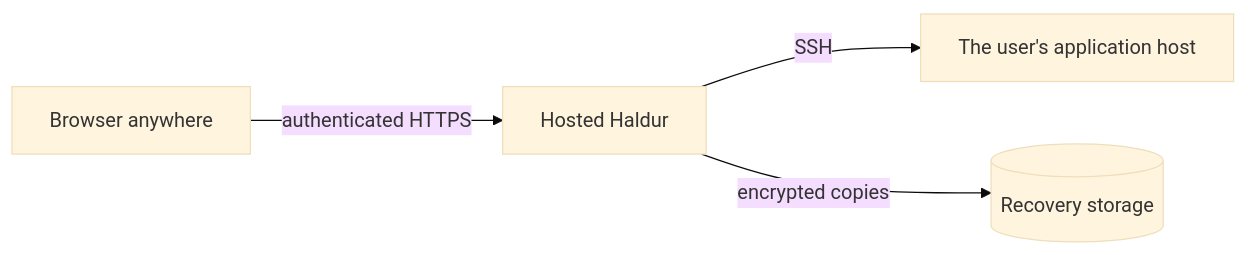
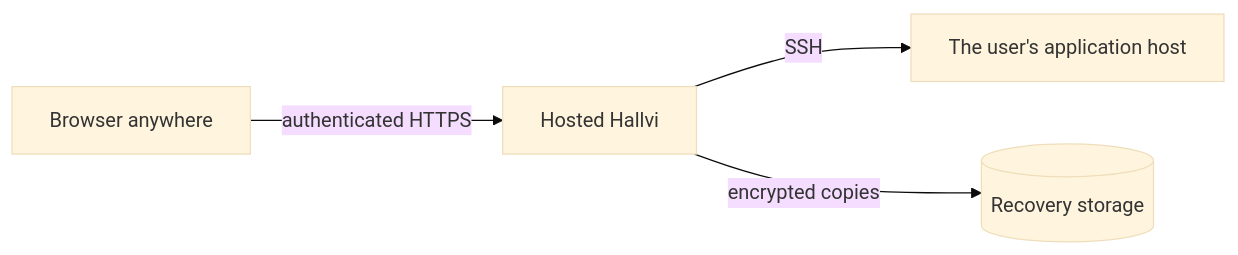
One commit to lustoykov/hallvi changed the third of 3 diagrams in docs/design/always-on-concept.md. Above: the diagram before and after it, drawn with Mermaid (base theme). The commit also changed other lines of this file and 476 other files, not shown here.

First line of the commit message:
Rename Haldur to Hallvi (#134)

````diff
--- a/docs/design/always-on-concept.md
+++ b/docs/design/always-on-concept.md
@@ -94,6 +94,6 @@
 ```mermaid
 flowchart LR
-  B[Browser anywhere] -- authenticated HTTPS --> S[Hosted Haldur]
+  B[Browser anywhere] -- authenticated HTTPS --> S[Hosted Hallvi]
   S -- SSH --> H[The user's application host]
   S -- encrypted copies --> R[(Recovery storage)]
 ```
````
